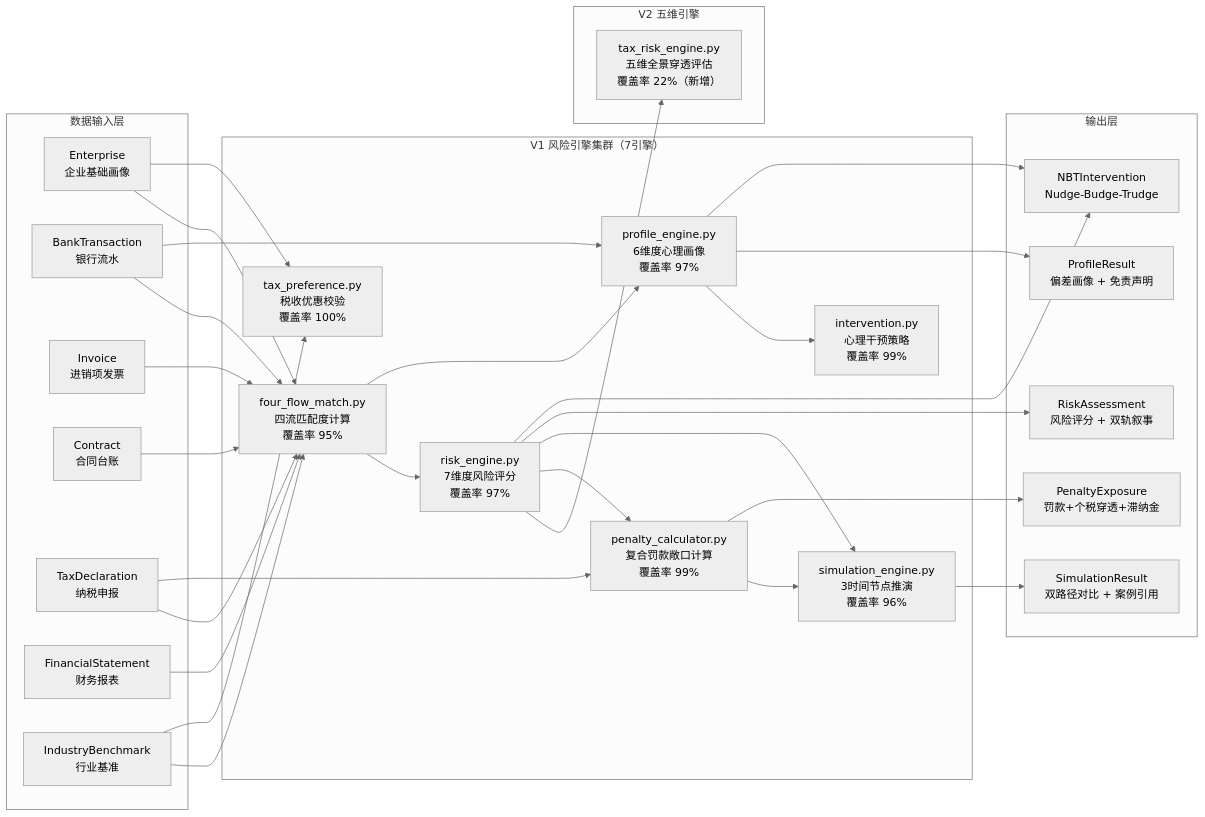
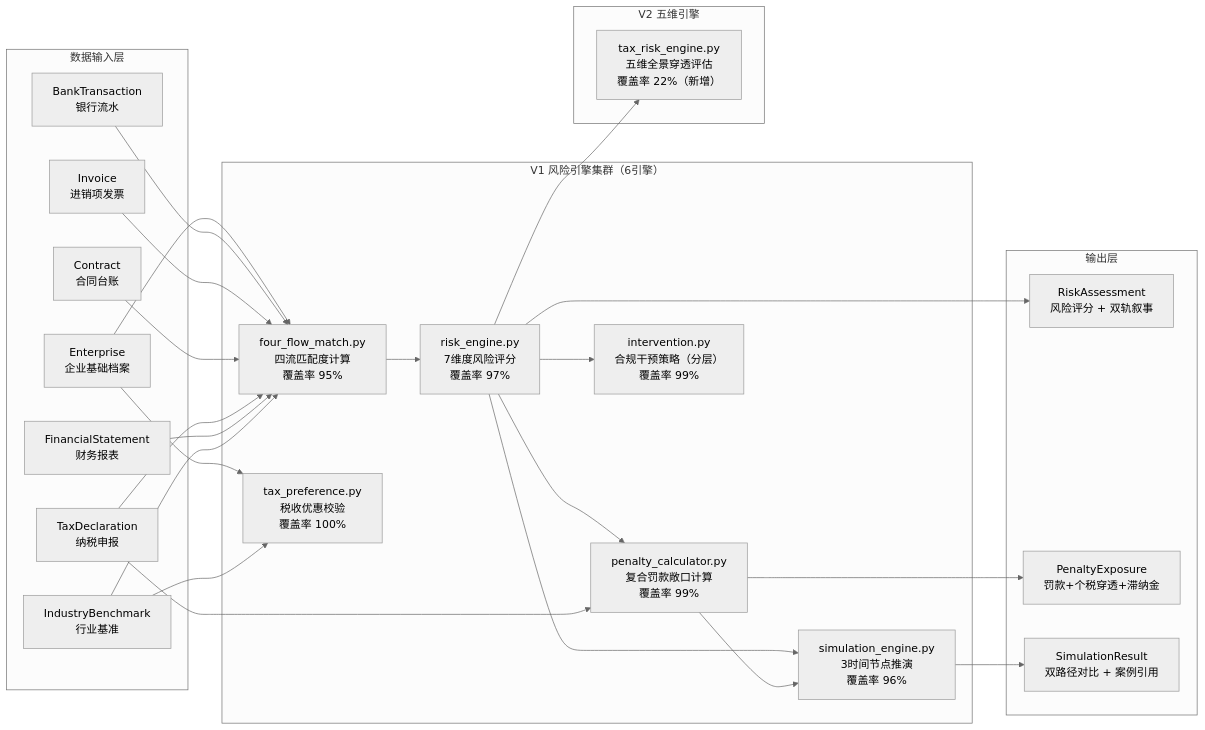
One commit to chsjchat-alt/mengniu-tax-ai-platform changed the second of 6 diagrams in docs/architecture.md. Above: the diagram before and after it, drawn with Mermaid (neutral theme). The commit also changed other lines of this file and 41 other files, not shown here.

````diff
--- a/docs/architecture.md
+++ b/docs/architecture.md
@@ -70,48 +69,42 @@
 ```mermaid
 graph LR
     subgraph "数据输入层"
-        E1["Enterprise<br/>企业基础画像"]
+        E1["Enterprise<br/>企业基础档案"]
         E2["BankTransaction<br/>银行流水"]
         E3["Invoice<br/>进销项发票"]
         E4["Contract<br/>合同台账"]
         E5["TaxDeclaration<br/>纳税申报"]
         E6["FinancialStatement<br/>财务报表"]
         E7["IndustryBenchmark<br/>行业基准"]
     end
 
-    subgraph "V1 风险引擎集群（7引擎）"
+    subgraph "V1 风险引擎集群（6引擎）"
         F1["four_flow_match.py<br/>四流匹配度计算<br/>覆盖率 95%"]
         F2["risk_engine.py<br/>7维度风险评分<br/>覆盖率 97%"]
-        F3["profile_engine.py<br/>6维度心理画像<br/>覆盖率 97%"]
         F4["penalty_calculator.py<br/>复合罚款敞口计算<br/>覆盖率 99%"]
         F5["simulation_engine.py<br/>3时间节点推演<br/>覆盖率 96%"]
         F6["tax_preference.py<br/>税收优惠校验<br/>覆盖率 100%"]
-        F7["intervention.py<br/>心理干预策略<br/>覆盖率 99%"]
+        F7["intervention.py<br/>合规干预策略（分层）<br/>覆盖率 99%"]
     end
 
     subgraph "V2 五维引擎"
         F8["tax_risk_engine.py<br/>五维全景穿透评估<br/>覆盖率 22%（新增）"]
     end
 
     subgraph "输出层"
         O1["RiskAssessment<br/>风险评分 + 双轨叙事"]
-        O2["ProfileResult<br/>偏差画像 + 免责声明"]
         O3["PenaltyExposure<br/>罚款+个税穿透+滞纳金"]
         O4["SimulationResult<br/>双路径对比 + 案例引用"]
-        O5["NBTIntervention<br/>Nudge-Budge-Trudge"]
     end
 
     E1 & E2 & E3 & E4 & E5 & E6 & E7 --> F1
     F1 --> F2
     F2 --> F8
-    F1 & E2 --> F3
     F2 & E5 --> F4
     F2 & F4 --> F5
     E1 & E7 --> F6
-    F3 --> F7
+    F2 --> F7
     F2 --> O1
-    F3 --> O2
     F4 --> O3
     F5 --> O4
-    F2 & F3 --> O5
 ```
````
